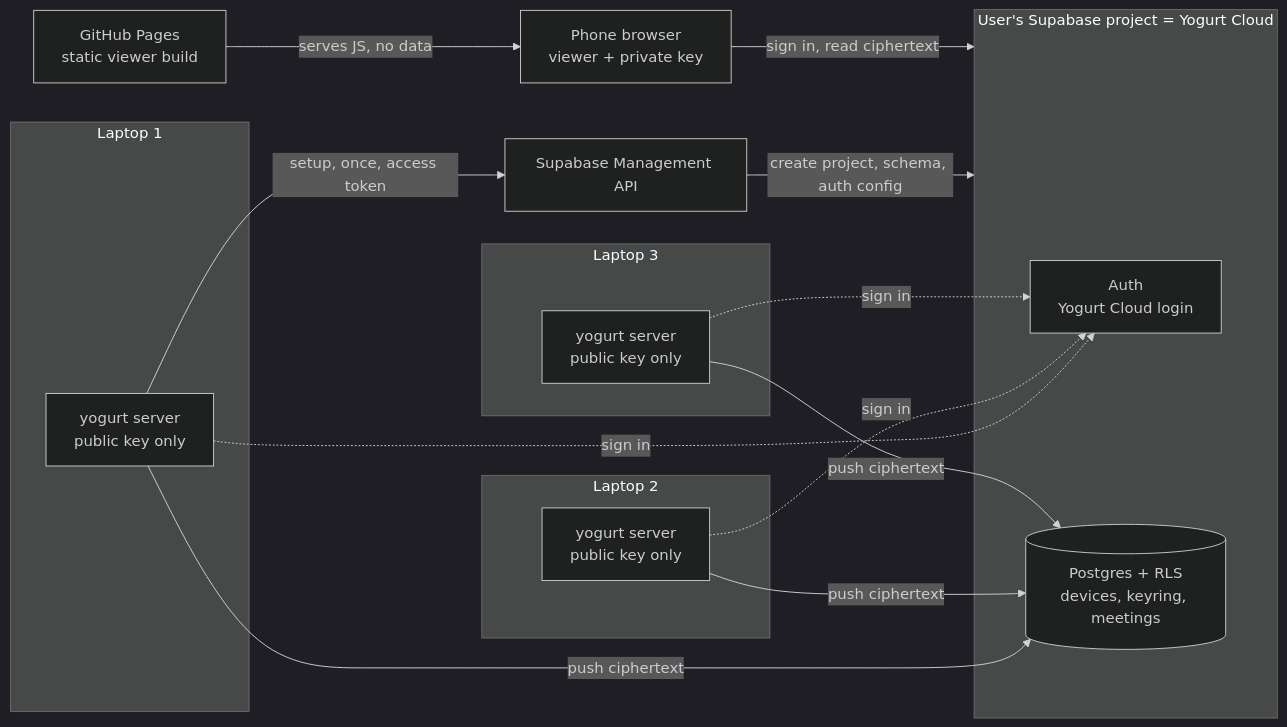
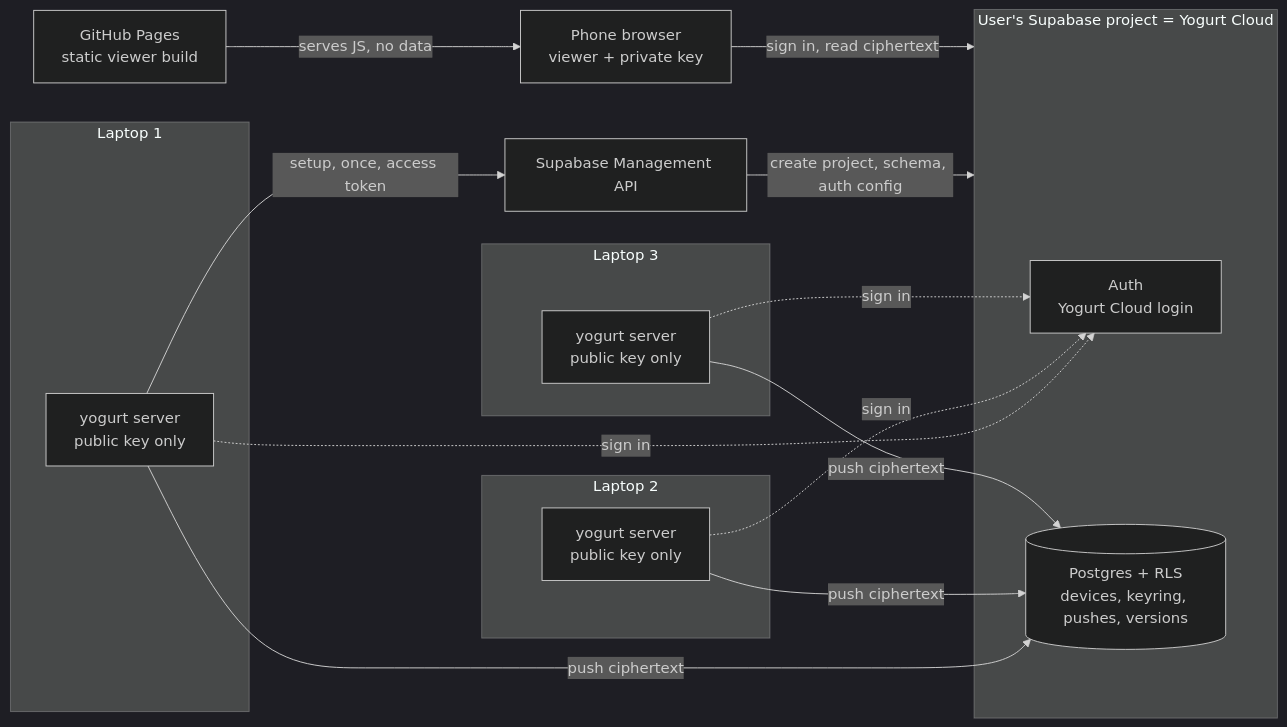
One commit to jarvisrchen/yogurt changed the first of 5 diagrams in docs/.planning/sync-cloud-mirror-design.md. Above: the diagram before and after it, drawn with Mermaid (dark theme). The commit also changed other lines of this file and 2 other files, not shown here.

Commit message:
docs: SYNC-1 design with versioned pushes, project reuse, and settled open questions

````diff
--- a/docs/.planning/sync-cloud-mirror-design.md
+++ b/docs/.planning/sync-cloud-mirror-design.md
@@ -41,28 +43,28 @@
 ```mermaid
 flowchart LR
   subgraph L1["Laptop 1"]
     Y1["yogurt server<br/>public key only"]
   end
   subgraph L2["Laptop 2"]
     Y2["yogurt server<br/>public key only"]
   end
   subgraph L3["Laptop 3"]
     Y3["yogurt server<br/>public key only"]
   end
   subgraph SB["User's Supabase project = Yogurt Cloud"]
     AUTH["Auth<br/>Yogurt Cloud login"]
-    DB[("Postgres + RLS<br/>devices, keyring, meetings")]
+    DB[("Postgres + RLS<br/>devices, keyring, pushes, versions")]
   end
   MGMT["Supabase Management API"]
   GH["GitHub Pages<br/>static viewer build"]
   PH["Phone browser<br/>viewer + private key"]
 
   Y1 -- "setup, once, access token" --> MGMT
   MGMT -- "create project, schema, auth config" --> SB
   Y1 -- "push ciphertext" --> DB
   Y2 -- "push ciphertext" --> DB
   Y3 -- "push ciphertext" --> DB
   Y1 & Y2 & Y3 -. "sign in" .-> AUTH
   GH -- "serves JS, no data" --> PH
   PH -- "sign in, read ciphertext" --> SB
 ```
````
